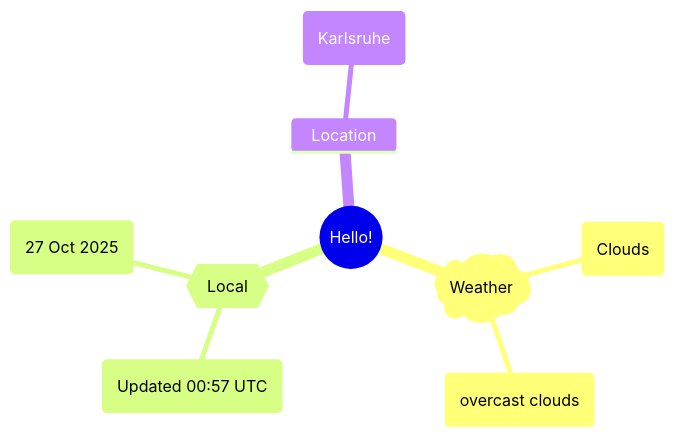
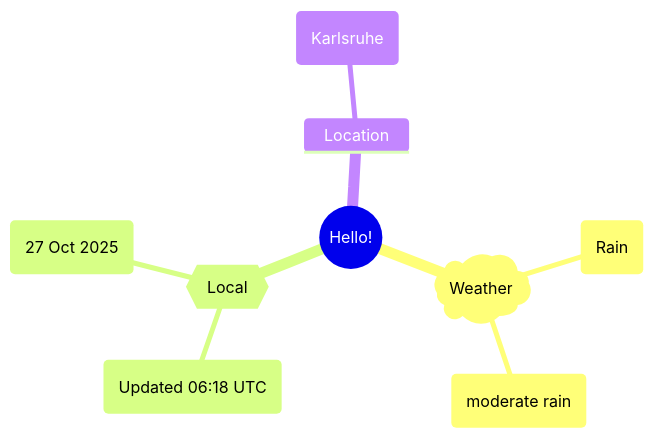
One commit to Xosrov/Xosrov changed the first of 2 diagrams in README.md. Above: the diagram before and after it, drawn with Mermaid.

Commit message:
[bot] updated images

````diff
--- a/README.md
+++ b/README.md
@@ -3,12 +3,12 @@
 ```mermaid
 mindmap
   root((Hello!))
     )Weather(
-        (Clouds)
-        (overcast clouds)
+        (Rain)
+        (moderate rain)
     {{Local}}
-        (Updated 00:57 UTC)
+        (Updated 06:18 UTC)
         (27 Oct 2025)
     Location
         (Karlsruhe)
 ```
````
